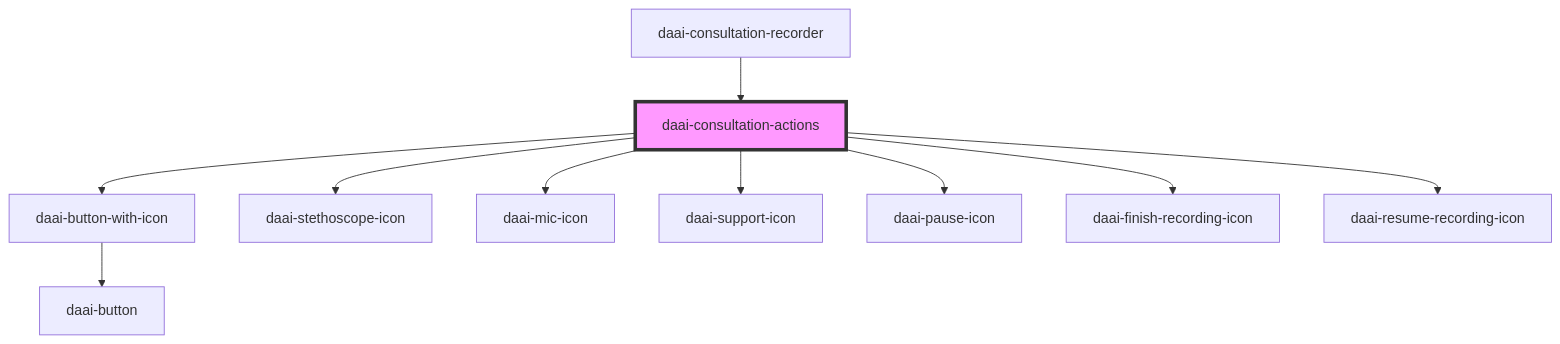
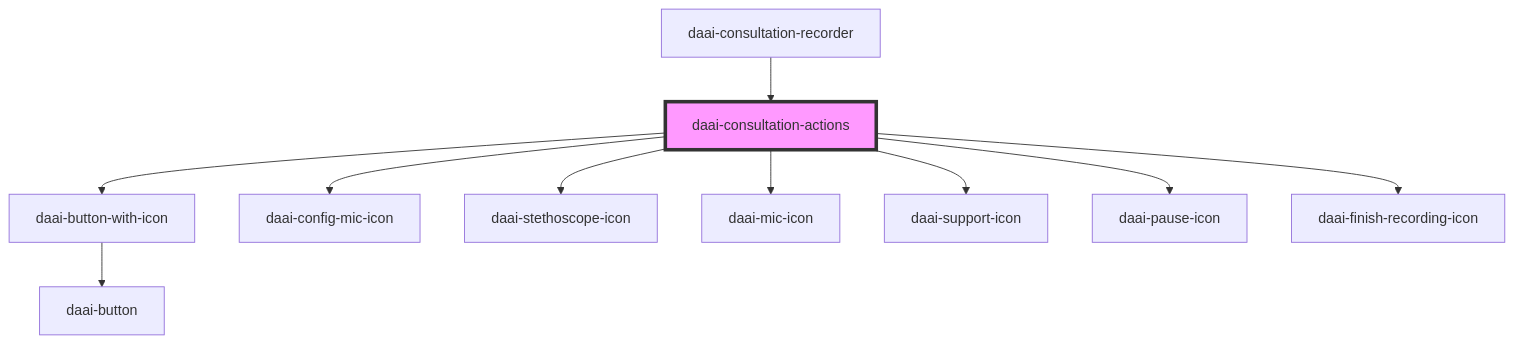
One commit to doctor-assistant/web-components changed the diagram in src/components/organisms/daai-consultation-actions/readme.md. Above: the diagram before and after it, drawn with Mermaid. The commit also changed other lines of this file and 13 other files, not shown here.

````diff
--- a/src/components/organisms/daai-consultation-actions/readme.md
+++ b/src/components/organisms/daai-consultation-actions/readme.md
@@ -36,13 +36,13 @@
 ```mermaid
 graph TD;
   daai-consultation-actions --> daai-button-with-icon
+  daai-consultation-actions --> daai-config-mic-icon
   daai-consultation-actions --> daai-stethoscope-icon
   daai-consultation-actions --> daai-mic-icon
   daai-consultation-actions --> daai-support-icon
   daai-consultation-actions --> daai-pause-icon
   daai-consultation-actions --> daai-finish-recording-icon
-  daai-consultation-actions --> daai-resume-recording-icon
   daai-button-with-icon --> daai-button
   daai-consultation-recorder --> daai-consultation-actions
   style daai-consultation-actions fill:#f9f,stroke:#333,stroke-width:4px
 ```
````
